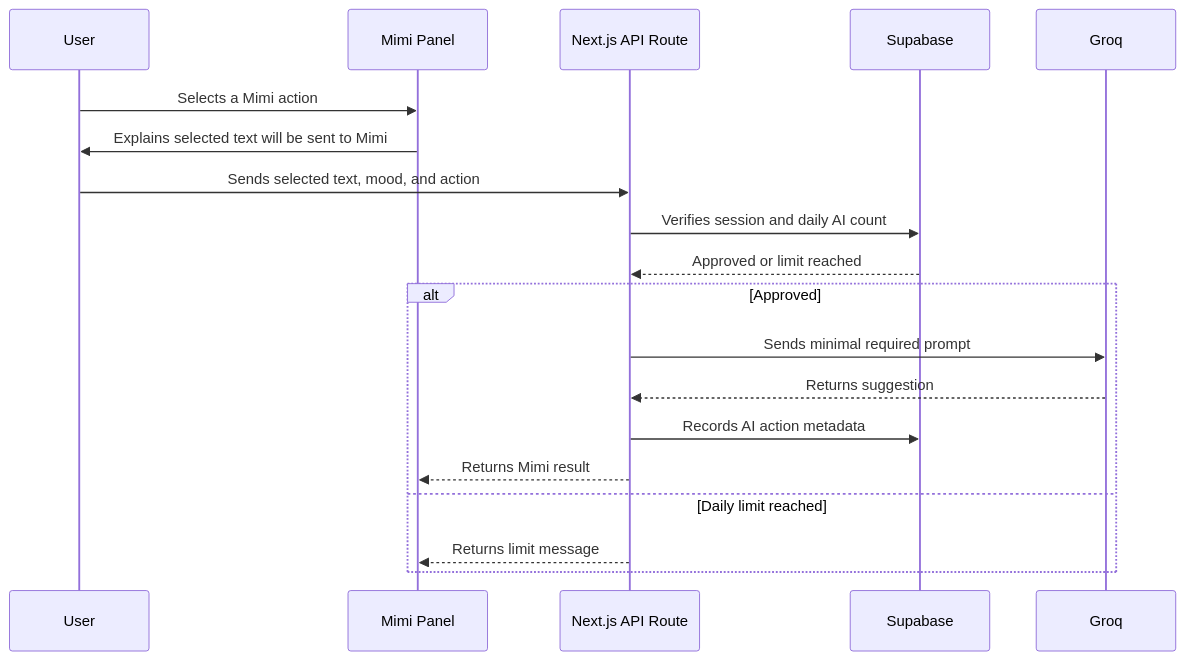
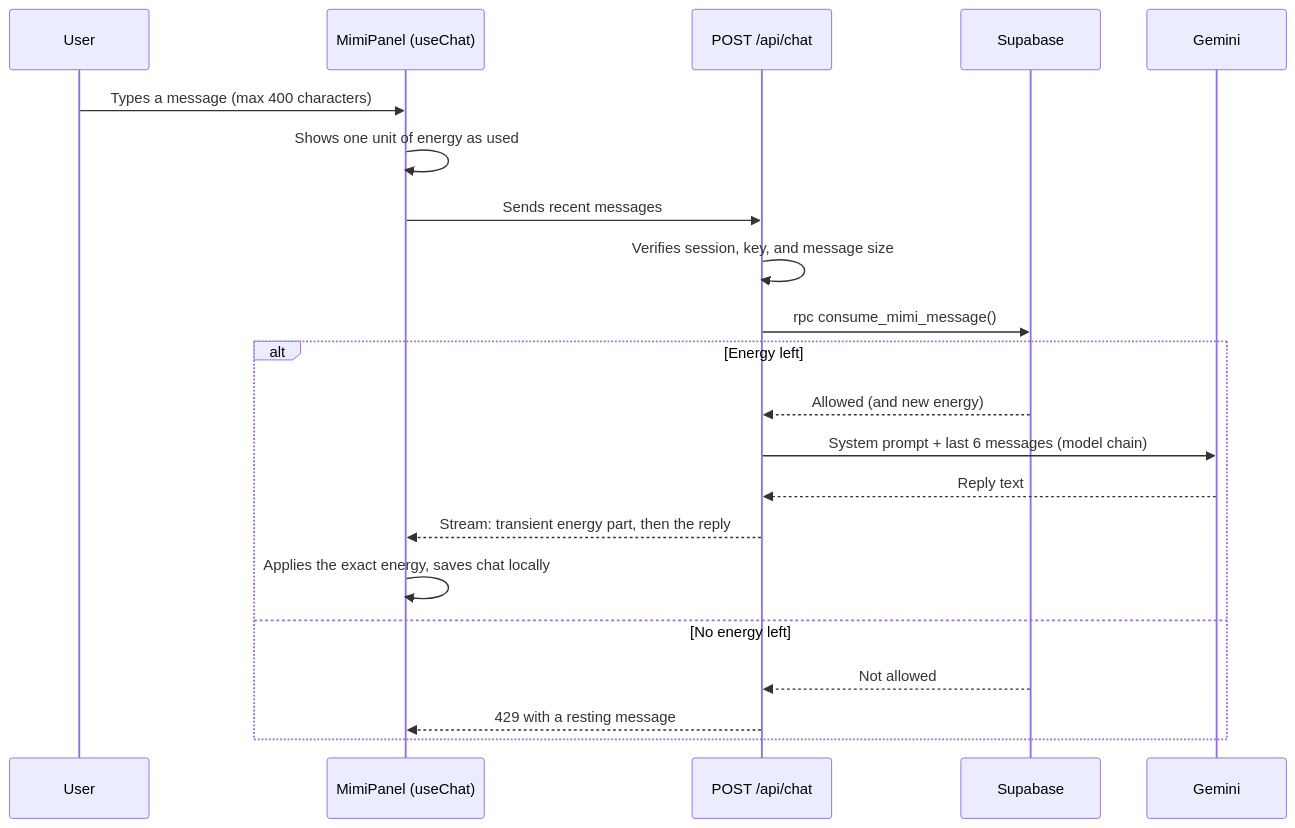
The second of 2 diagrams in docs/2_ARCHITECTURE.md (michandhercode/windup), drawn with Mermaid before and after one commit. The commit also changed other lines of this file and 6 other files, not shown here.

````diff
--- a/docs/2_ARCHITECTURE.md
+++ b/docs/2_ARCHITECTURE.md
@@ -119,22 +234,24 @@
 ```mermaid
 sequenceDiagram
     participant User
-    participant UI as Mimi Panel
-    participant API as Next.js API Route
+    participant UI as MimiPanel (useChat)
+    participant API as POST /api/chat
     participant DB as Supabase
-    participant Groq
+    participant AI as Gemini
 
-    User->>UI: Selects a Mimi action
-    UI->>User: Explains selected text will be sent to Mimi
-    User->>API: Sends selected text, mood, and action
-    API->>DB: Verifies session and daily AI count
-    DB-->>API: Approved or limit reached
-    alt Approved
-        API->>Groq: Sends minimal required prompt
-        Groq-->>API: Returns suggestion
-        API->>DB: Records AI action metadata
-        API-->>UI: Returns Mimi result
-    else Daily limit reached
-        API-->>UI: Returns limit message
+    User->>UI: Types a message (max 400 characters)
+    UI->>UI: Shows one unit of energy as used
+    UI->>API: Sends recent messages
+    API->>API: Verifies session, key, and message size
+    API->>DB: rpc consume_mimi_message()
+    alt Energy left
+        DB-->>API: Allowed (and new energy)
+        API->>AI: System prompt + last 6 messages (model chain)
+        AI-->>API: Reply text
+        API-->>UI: Stream: transient energy part, then the reply
+        UI->>UI: Applies the exact energy, saves chat locally
+    else No energy left
+        DB-->>API: Not allowed
+        API-->>UI: 429 with a resting message
     end
 ```
````
